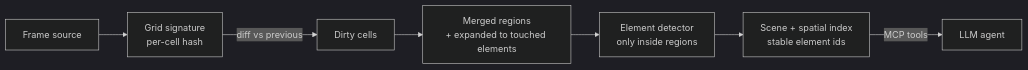
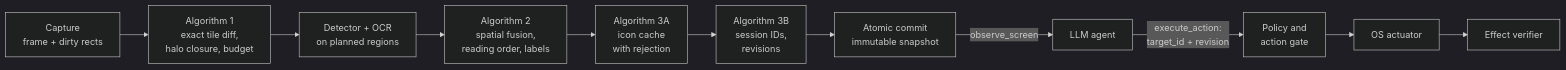
Before and after one commit to Yosoyepa/Ommatix: the diagram in README.md, drawn with Mermaid (dark theme). The commit also changed other lines of this file and 147 other files, not shown here.

````diff
--- a/README.md
+++ b/README.md
@@ -28,9 +40,12 @@
 ```mermaid
 flowchart LR
-    A[Frame source] --> B[Grid signature<br/>per-cell hash]
-    B -->|diff vs previous| C[Dirty cells]
-    C --> D[Merged regions<br/>+ expanded to touched elements]
-    D --> E[Element detector<br/>only inside regions]
-    E --> F[Scene + spatial index<br/>stable element ids]
-    F -->|MCP tools| G[LLM agent]
+    CAP[Capture<br/>frame + dirty rects] --> PLAN[Algorithm 1<br/>exact tile diff,<br/>halo closure, budget]
+    PLAN --> PER[Detector + OCR<br/>on planned regions]
+    PER --> FUS[Algorithm 2<br/>spatial fusion,<br/>reading order, labels]
+    FUS --> ICO[Algorithm 3A<br/>icon cache<br/>with rejection]
+    ICO --> TRK[Algorithm 3B<br/>session IDs,<br/>revisions]
+    TRK --> SNAP[Atomic commit<br/>immutable snapshot]
+    SNAP -->|observe_screen| AG[LLM agent]
+    AG -->|execute_action:<br/>target_id + revision| GATE[Policy and<br/>action gate]
+    GATE --> ACT[OS actuator] --> VER[Effect verifier]
 ```
````
